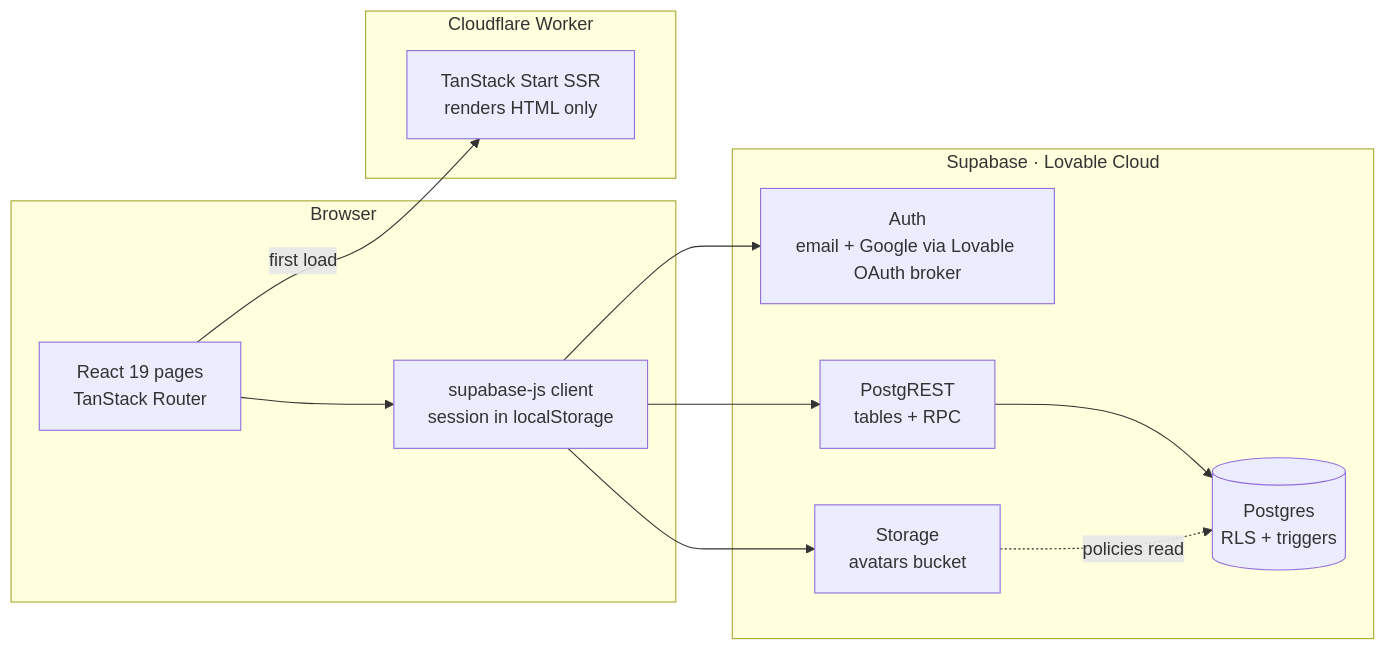
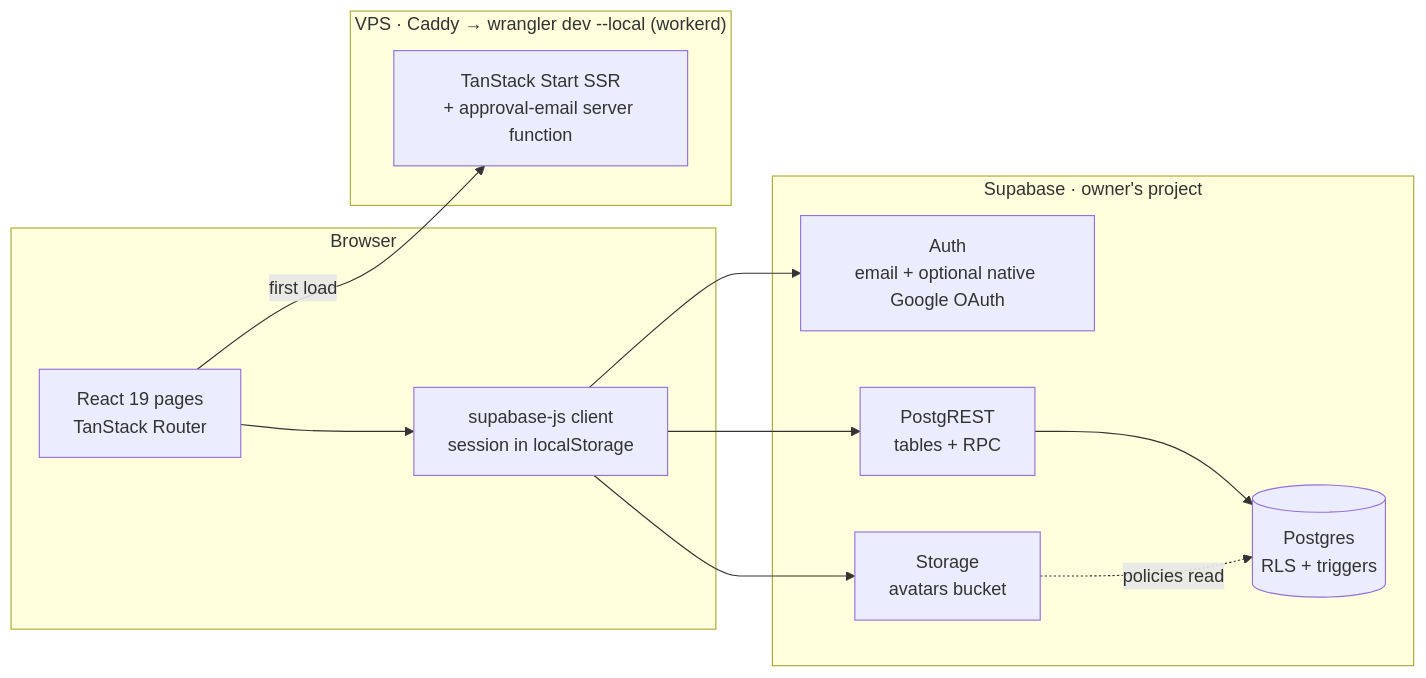
One commit to TeddyJubu/TWC-Natasa changed the first of 5 diagrams in ARCHITECTURE.md. Above: the diagram before and after it, drawn with Mermaid. The commit also changed other lines of this file and 40 other files, not shown here.

First line of the commit message:
chore: remove Lovable (editor, hosting and auth broker); own Supabase, VPS hosting

````diff
--- a/ARCHITECTURE.md
+++ b/ARCHITECTURE.md
@@ -12,21 +13,21 @@
 ```mermaid
 flowchart LR
   subgraph Browser
     UI[React 19 pages<br/>TanStack Router]
     SB[supabase-js client<br/>session in localStorage]
   end
-  subgraph Cloudflare["Cloudflare Worker"]
-    SSR[TanStack Start SSR<br/>renders HTML only]
+  subgraph VPS["VPS · Caddy → wrangler dev --local (workerd)"]
+    SSR[TanStack Start SSR<br/>+ approval-email server function]
   end
-  subgraph Supabase["Supabase · Lovable Cloud"]
-    AUTH[Auth<br/>email + Google via Lovable OAuth broker]
+  subgraph Supabase["Supabase · owner's project"]
+    AUTH[Auth<br/>email + optional native Google OAuth]
     REST[PostgREST<br/>tables + RPC]
     DB[(Postgres<br/>RLS + triggers)]
     ST[Storage<br/>avatars bucket]
   end
   UI -- first load --> SSR
   UI --> SB
   SB --> AUTH & REST & ST
   REST --> DB
   ST -. policies read .-> DB
 ```
````
